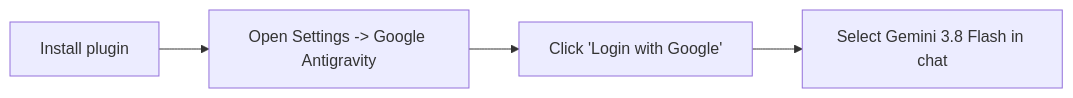
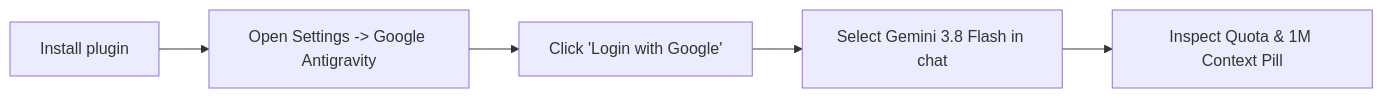
Before and after one commit to Lovexiaoxiaowo/dsh-plugin-antigravity-acp: the diagram in README_en.md, drawn with Mermaid. The commit also changed other lines of this file and 1 other file, not shown here.

````diff
--- a/README_en.md
+++ b/README_en.md
@@ -63,6 +65,7 @@
 ```mermaid
 flowchart LR
     A[Install plugin] --> B[Open Settings -> Google Antigravity]
     B --> C[Click 'Login with Google']
     C --> D[Select Gemini 3.8 Flash in chat]
+    D --> E[Inspect Quota & 1M Context Pill]
 ```
````
